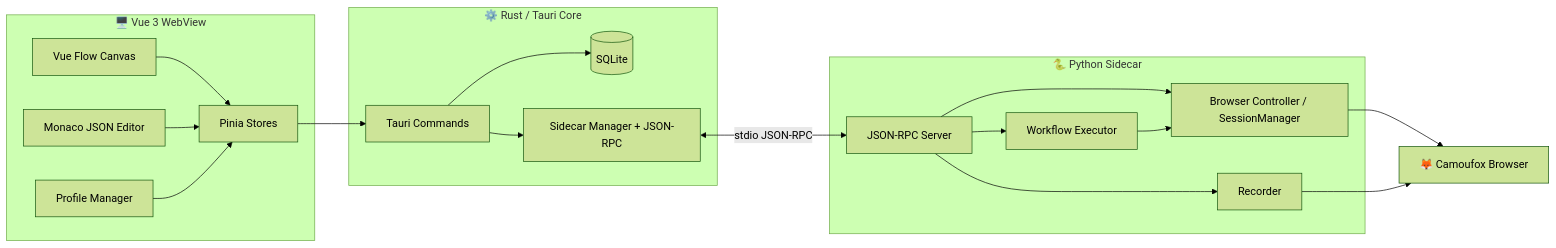
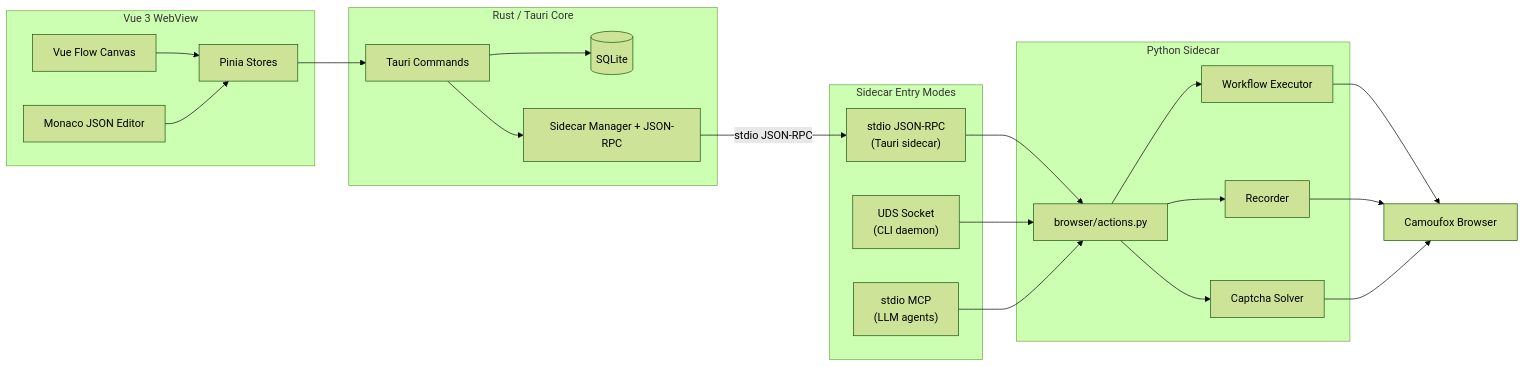
The diagram in README.md (xia51hhh/Mimicry), drawn with Mermaid (forest theme) before and after one commit. The commit also changed other lines of this file and 7 other files, not shown here.

````diff
--- a/README.md
+++ b/README.md
@@ -121,38 +136,45 @@
 ```mermaid
 flowchart LR
-    subgraph UI["🖥️ Vue 3 WebView"]
+    subgraph UI["Vue 3 WebView"]
         Canvas["Vue Flow Canvas"]
         Editor["Monaco JSON Editor"]
         Stores["Pinia Stores"]
-        Profiles["Profile Manager"]
     end
 
-    subgraph Rust["⚙️ Rust / Tauri Core"]
+    subgraph Rust["Rust / Tauri Core"]
         Commands["Tauri Commands"]
         DB[("SQLite")]
-        SidecarClient["Sidecar Manager + JSON-RPC"]
+        Sidecar["Sidecar Manager + JSON-RPC"]
     end
 
-    subgraph Python["🐍 Python Sidecar"]
-        RpcServer["JSON-RPC Server"]
-        Browser["Browser Controller / SessionManager"]
+    subgraph Python["Python Sidecar"]
+        Actions["browser/actions.py"]
+        Executor["Workflow Executor"]
         Recorder["Recorder"]
-        Executor["Workflow Executor"]
+        Captcha["Captcha Solver"]
     end
 
-    Camoufox["🦊 Camoufox Browser"]
+    subgraph Modes["Sidecar Entry Modes"]
+        Stdio["stdio JSON-RPC<br/>(Tauri sidecar)"]
+        Daemon["UDS Socket<br/>(CLI daemon)"]
+        MCP["stdio MCP<br/>(LLM agents)"]
+    end
+
+    Camou["Camoufox Browser"]
 
     Canvas --> Stores
     Editor --> Stores
-    Profiles --> Stores
     Stores --> Commands
     Commands --> DB
-    Commands --> SidecarClient
-    SidecarClient <-- "stdio JSON-RPC" --> RpcServer
-    RpcServer --> Browser
-    RpcServer --> Recorder
-    RpcServer --> Executor
-    Browser --> Camoufox
-    Recorder --> Camoufox
-    Executor --> Browser
+    Commands --> Sidecar
+    Sidecar -- "stdio JSON-RPC" --> Stdio
+    Stdio --> Actions
+    Daemon --> Actions
+    MCP --> Actions
+    Actions --> Executor
+    Actions --> Recorder
+    Actions --> Captcha
+    Executor --> Camou
+    Recorder --> Camou
+    Captcha --> Camou
 ```
````
